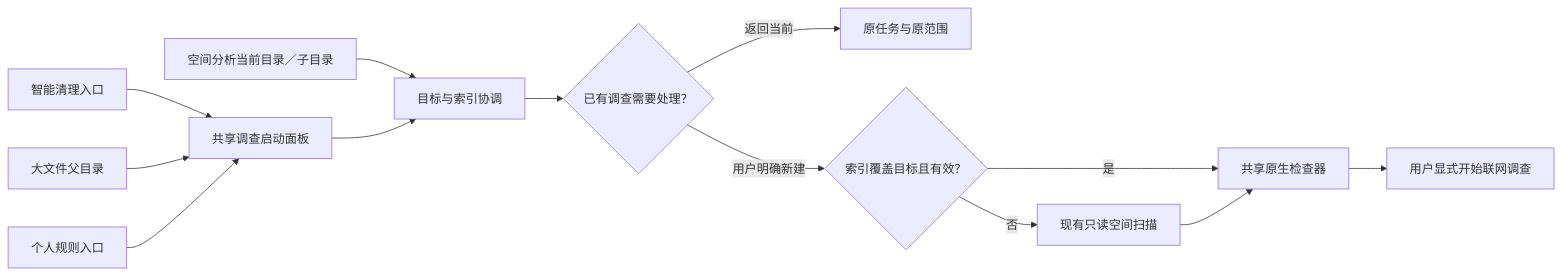
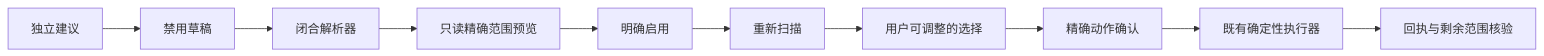
The fourth of 4 diagrams in docs/zh-CN/architecture/embedded-ai.md (limecloud/shou), drawn with Mermaid before and after one commit. The commit also changed other lines of this file and 312 other files, not shown here.

````diff
--- a/docs/zh-CN/architecture/embedded-ai.md
+++ b/docs/zh-CN/architecture/embedded-ai.md
@@ -125,15 +95,12 @@
 ```mermaid
 flowchart LR
-    Smart[智能清理入口] --> Launch[共享调查启动面板]
-    Large[大文件父目录] --> Launch
-    Rules[个人规则入口] --> Launch
-    Space[空间分析当前目录／子目录] --> Resolve[目标与索引协调]
-    Launch --> Resolve
-    Resolve --> Conflict{已有调查需要处理？}
-    Conflict -->|返回当前| Existing[原任务与原范围]
-    Conflict -->|用户明确新建| Coverage{索引覆盖目标且有效？}
-    Coverage -->|否| Scan[现有只读空间扫描]
-    Coverage -->|是| Inspector[共享原生检查器]
-    Scan --> Inspector
-    Inspector --> Start[用户显式开始联网调查]
+    Suggestion[独立建议] --> Import[禁用草稿]
+    Import --> Validate[闭合解析器]
+    Validate --> Preview[只读精确范围预览]
+    Preview --> Enable[明确启用]
+    Enable --> Scan[重新扫描]
+    Scan --> Select[用户可调整的选择]
+    Select --> Confirm[精确动作确认]
+    Confirm --> Execute[既有确定性执行器]
+    Execute --> Verify[回执与剩余范围核验]
 ```
````
